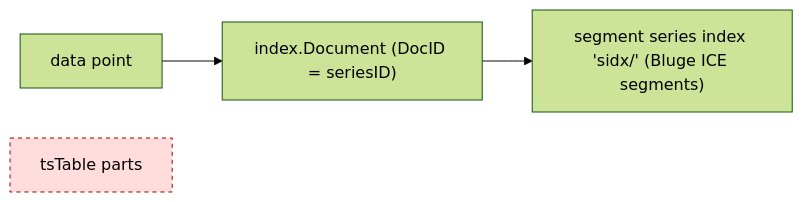
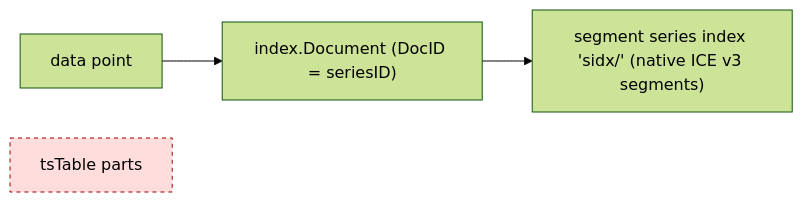
Before and after one commit to apache/skywalking-banyandb: the fifth of 11 diagrams in docs/concept/storage-and-format.md, drawn with Mermaid (forest theme). The commit also changed other lines of this file and 161 other files, not shown here.

Commit message:
feat(index): cut the series index over to the native index and remove the legacy engine (NIDX-03) (#1397)

````diff
--- a/docs/concept/storage-and-format.md
+++ b/docs/concept/storage-and-format.md
@@ -175,7 +175,7 @@
 ```mermaid
 flowchart LR
     DP["data point"] --> DOC["index.Document (DocID = seriesID)"]
-    DOC --> IDB["segment series index 'sidx/' (Bluge ICE segments)"]
+    DOC --> IDB["segment series index 'sidx/' (native ICE v3 segments)"]
     NOPART["tsTable parts"]:::x
     classDef x fill:#fdd,stroke:#900,stroke-dasharray:4
 ```
````
